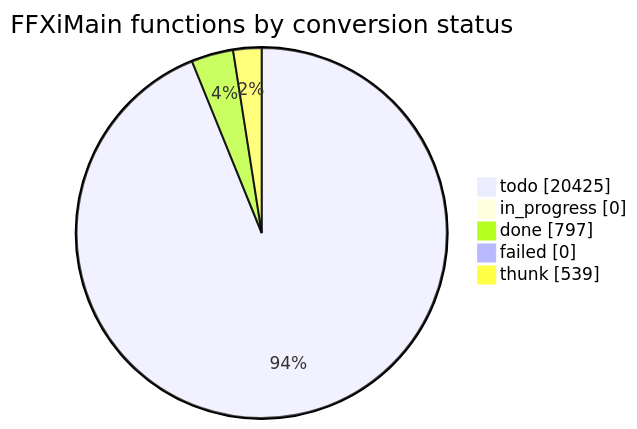
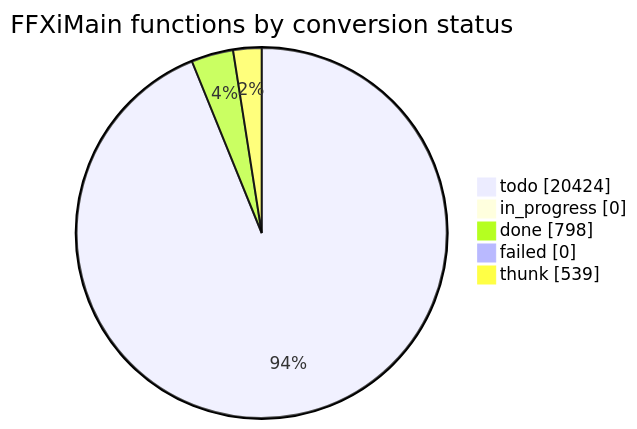
The diagram in docs/cow/STATUS.md (cowrevenge/cow_kuluu_xi_anything), drawn with Mermaid before and after one commit. The commit also changed other lines of this file and 9 other files, not shown here.

````diff
--- a/docs/cow/STATUS.md
+++ b/docs/cow/STATUS.md
@@ -18,9 +18,9 @@
 ```mermaid
 pie showData
     title FFXiMain functions by conversion status
-    "todo" : 20425
+    "todo" : 20424
     "in_progress" : 0
-    "done" : 797
+    "done" : 798
     "failed" : 0
     "thunk" : 539
 ```
````
